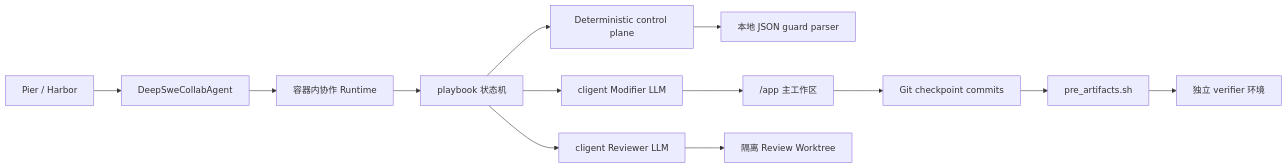
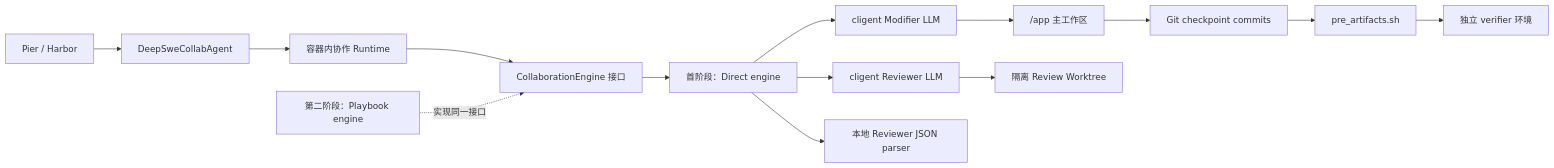
Before and after one commit to kagami-l/deepswe-eval-lab: the diagram in docs/collab-agent-design.md, drawn with Mermaid. The commit also changed other lines of this file, not shown here.

````diff
--- a/docs/collab-agent-design.md
+++ b/docs/collab-agent-design.md
@@ -21,15 +21,16 @@
 ```mermaid
 flowchart LR
     P["Pier / Harbor"] --> A["DeepSweCollabAgent"]
     A --> R["容器内协作 Runtime"]
-    R --> PB["playbook 状态机"]
-    PB --> D["Deterministic control plane"]
-    PB --> C["cligent Modifier LLM"]
-    PB --> V["cligent Reviewer LLM"]
-    D --> J["本地 JSON guard parser"]
+    R --> CE["CollaborationEngine 接口"]
+    CE --> D["首阶段：Direct engine"]
+    D --> C["cligent Modifier LLM"]
+    D --> V["cligent Reviewer LLM"]
+    D --> J["本地 Reviewer JSON parser"]
     C --> APP["/app 主工作区"]
     V --> WT["隔离 Review Worktree"]
     APP --> G["Git checkpoint commits"]
     G --> PA["pre_artifacts.sh"]
     PA --> E["独立 verifier 环境"]
+    PB["第二阶段：Playbook engine"] -.实现同一接口.-> CE
 ```
````
